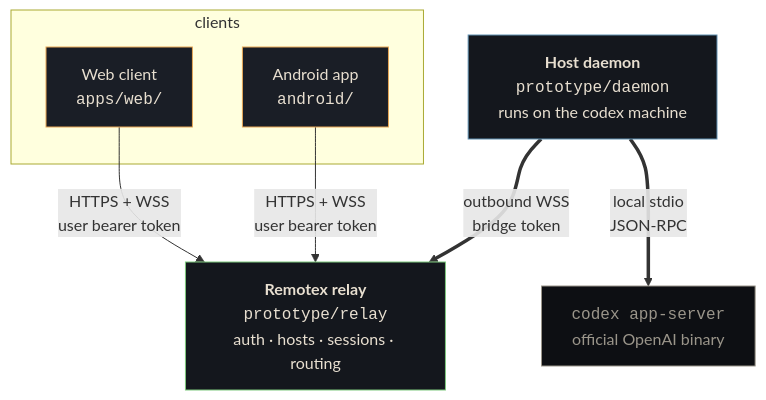
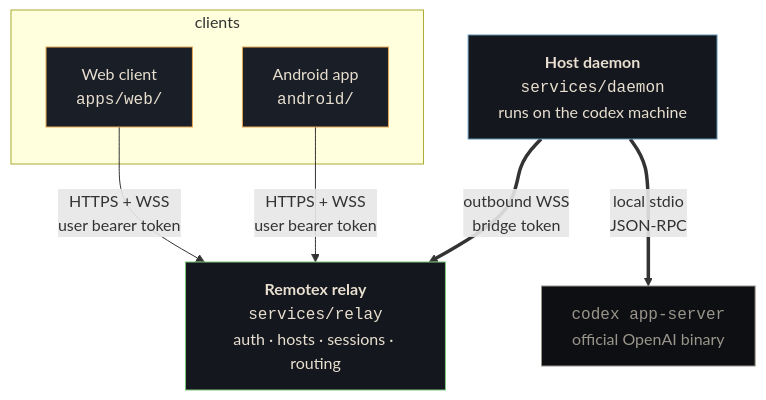
The diagram in README.md (CesarPetrescu/remotex), drawn with Mermaid before and after one commit. The commit also changed other lines of this file and 21 other files, not shown here.

````diff
--- a/README.md
+++ b/README.md
@@ -14,24 +14,24 @@
 ```mermaid
 flowchart TB
     subgraph clients["clients"]
         W["Web client<br/><code>apps/web/</code>"]
         A["Android app<br/><code>android/</code>"]
     end
-    R["<b>Remotex relay</b><br/><code>prototype/relay</code><br/>auth · hosts · sessions · routing"]
-    D["<b>Host daemon</b><br/><code>prototype/daemon</code><br/>runs on the codex machine"]
+    R["<b>Remotex relay</b><br/><code>services/relay</code><br/>auth · hosts · sessions · routing"]
+    D["<b>Host daemon</b><br/><code>services/daemon</code><br/>runs on the codex machine"]
     X["<code>codex app-server</code><br/>official OpenAI binary"]
 
     W -- "HTTPS + WSS<br/>user bearer token" --> R
     A -- "HTTPS + WSS<br/>user bearer token" --> R
     D == "outbound WSS<br/>bridge token" ==> R
     D == "local stdio<br/>JSON-RPC" ==> X
 
     classDef clientNode fill:#1a1e26,stroke:#e8a756,color:#e8dfd0;
     classDef relayNode fill:#14171d,stroke:#7dc87d,color:#e8dfd0;
     classDef daemonNode fill:#14171d,stroke:#5f8fb0,color:#e8dfd0;
     classDef codexNode fill:#0d0f13,stroke:#9a958a,color:#9a958a;
     class W,A clientNode;
     class R relayNode;
     class D daemonNode;
     class X codexNode;
 ```
````
